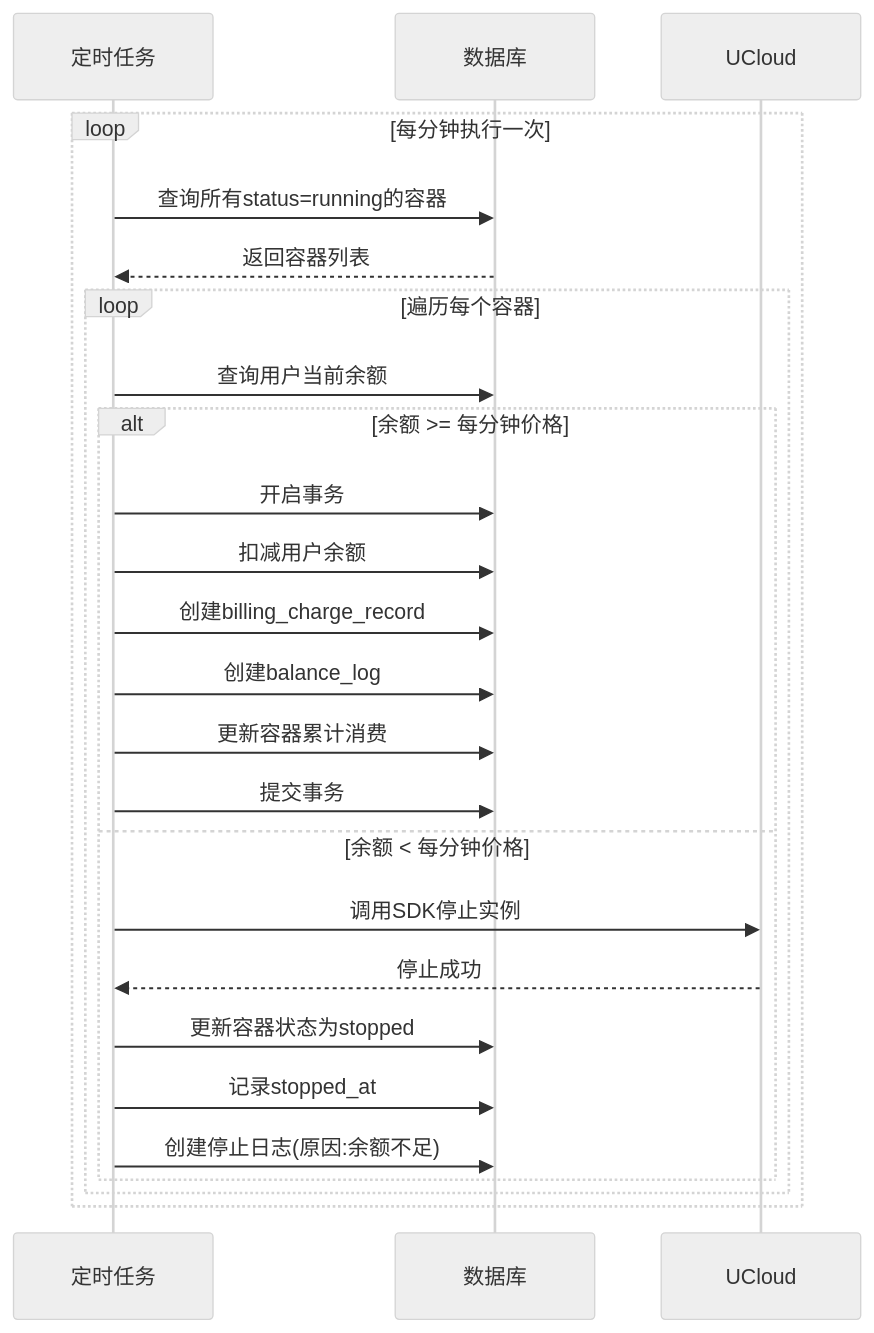
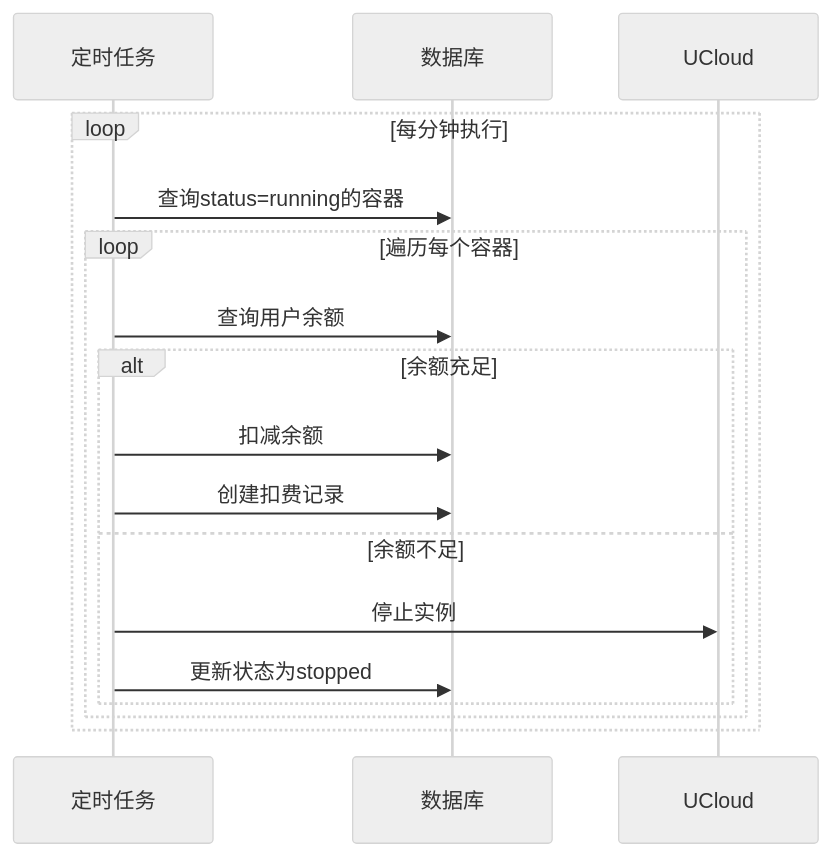
One commit to BIE5462/Ucloud_admin changed the third of 3 diagrams in 云电脑容器管理系统-设计文档.md. Above: the diagram before and after it, drawn with Mermaid (neutral theme). The commit also changed other lines of this file and 7 other files, not shown here.

````diff
--- a/云电脑容器管理系统-设计文档.md
+++ b/云电脑容器管理系统-设计文档.md
@@ -1145,30 +590,22 @@
 ```mermaid
 sequenceDiagram
     participant 定时任务
     participant 数据库
     participant UCloud
     
-    loop 每分钟执行一次
-        定时任务->>数据库: 查询所有status=running的容器
-        数据库-->>定时任务: 返回容器列表
+    loop 每分钟执行
+        定时任务->>数据库: 查询status=running的容器
         
         loop 遍历每个容器
-            定时任务->>数据库: 查询用户当前余额
+            定时任务->>数据库: 查询用户余额
             
-            alt 余额 >= 每分钟价格
-                定时任务->>数据库: 开启事务
-                定时任务->>数据库: 扣减用户余额
-                定时任务->>数据库: 创建billing_charge_record
-                定时任务->>数据库: 创建balance_log
-                定时任务->>数据库: 更新容器累计消费
-                定时任务->>数据库: 提交事务
-            else 余额 < 每分钟价格
-                定时任务->>UCloud: 调用SDK停止实例
-                UCloud-->>定时任务: 停止成功
-                定时任务->>数据库: 更新容器状态为stopped
-                定时任务->>数据库: 记录stopped_at
-                定时任务->>数据库: 创建停止日志(原因:余额不足)
+            alt 余额充足
+                定时任务->>数据库: 扣减余额
+                定时任务->>数据库: 创建扣费记录
+            else 余额不足
+                定时任务->>UCloud: 停止实例
+                定时任务->>数据库: 更新状态为stopped
             end
         end
     end
 ```
````
